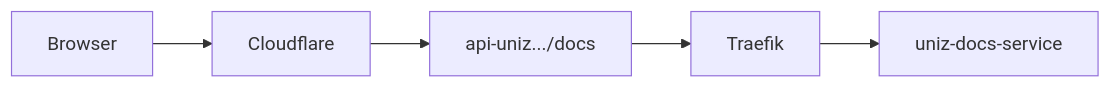
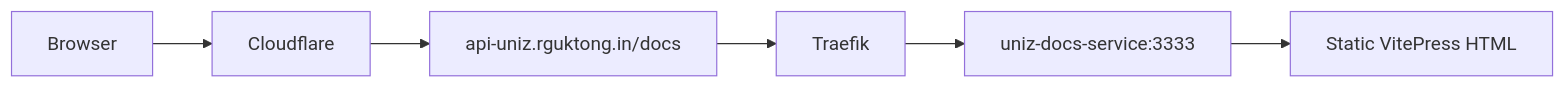
Before and after one commit to uniz-rguktong/uniz-master: the second of 2 diagrams in README.md, drawn with Mermaid. The commit also changed other lines of this file, not shown here.

First line of the commit message:
docs: slim README to Notion architecture and local setup toggle

````diff
--- a/README.md
+++ b/README.md
@@ -207,7 +75,8 @@
 ```mermaid
 flowchart LR
-  Browser --> CF[Cloudflare]
-  CF --> DocsURL[api-uniz.../docs]
+  Browser --> CF["Cloudflare"]
+  CF --> DocsURL["api-uniz.rguktong.in/docs"]
   DocsURL --> Traefik
-  Traefik --> DocsSvc[uniz-docs-service]
+  Traefik --> DocsSvc["uniz-docs-service:3333"]
+  DocsSvc --> VP["Static VitePress HTML"]
 ```
````
